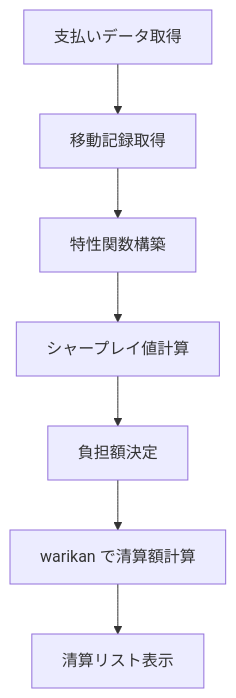
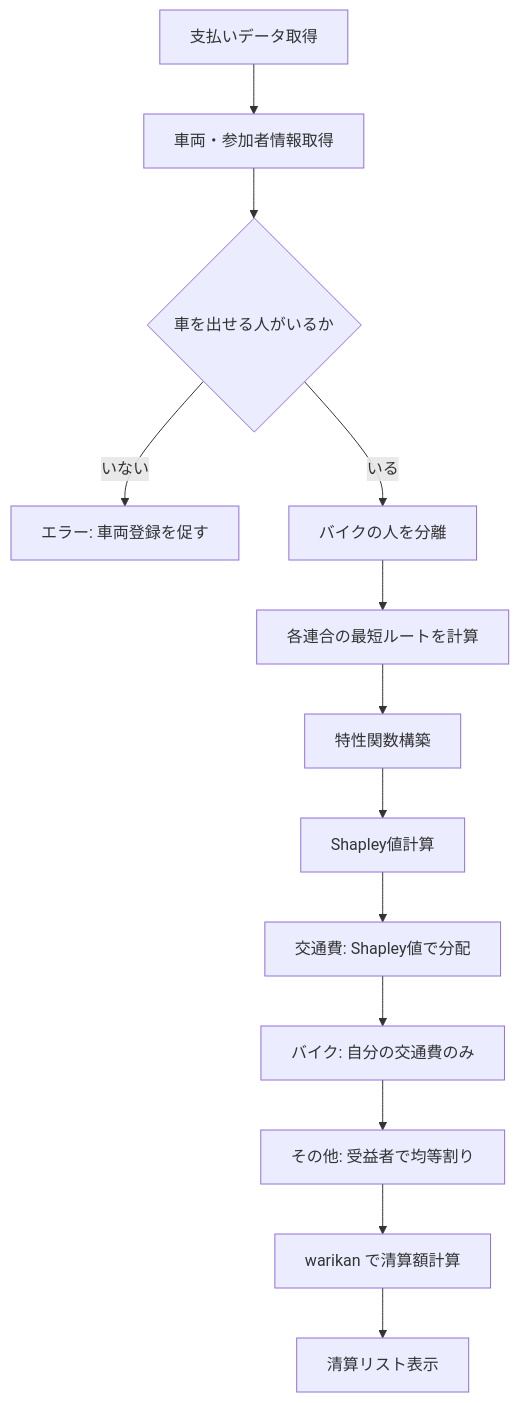
One commit to Gachicam/fairpley changed the second of 2 diagrams in docs/DESIGN_FUNCTION.md. Above: the diagram before and after it, drawn with Mermaid. The commit also changed other lines of this file, not shown here.

````diff
--- a/docs/DESIGN_FUNCTION.md
+++ b/docs/DESIGN_FUNCTION.md
@@ -1113,9 +1226,15 @@
 ```mermaid
 flowchart TD
-    A[支払いデータ取得] --> B[移動記録取得]
-    B --> C[特性関数構築]
-    C --> D[シャープレイ値計算]
-    D --> E[負担額決定]
-    E --> F[warikan で清算額計算]
-    F --> G[清算リスト表示]
+    A[支払いデータ取得] --> B[車両・参加者情報取得]
+    B --> C{車を出せる人がいるか}
+    C -->|いない| D[エラー: 車両登録を促す]
+    C -->|いる| E[バイクの人を分離]
+    E --> F[各連合の最短ルートを計算]
+    F --> G[特性関数構築]
+    G --> H[Shapley値計算]
+    H --> I[交通費: Shapley値で分配]
+    I --> J[バイク: 自分の交通費のみ]
+    J --> K[その他: 受益者で均等割り]
+    K --> L[warikan で清算額計算]
+    L --> M[清算リスト表示]
 ```
````
